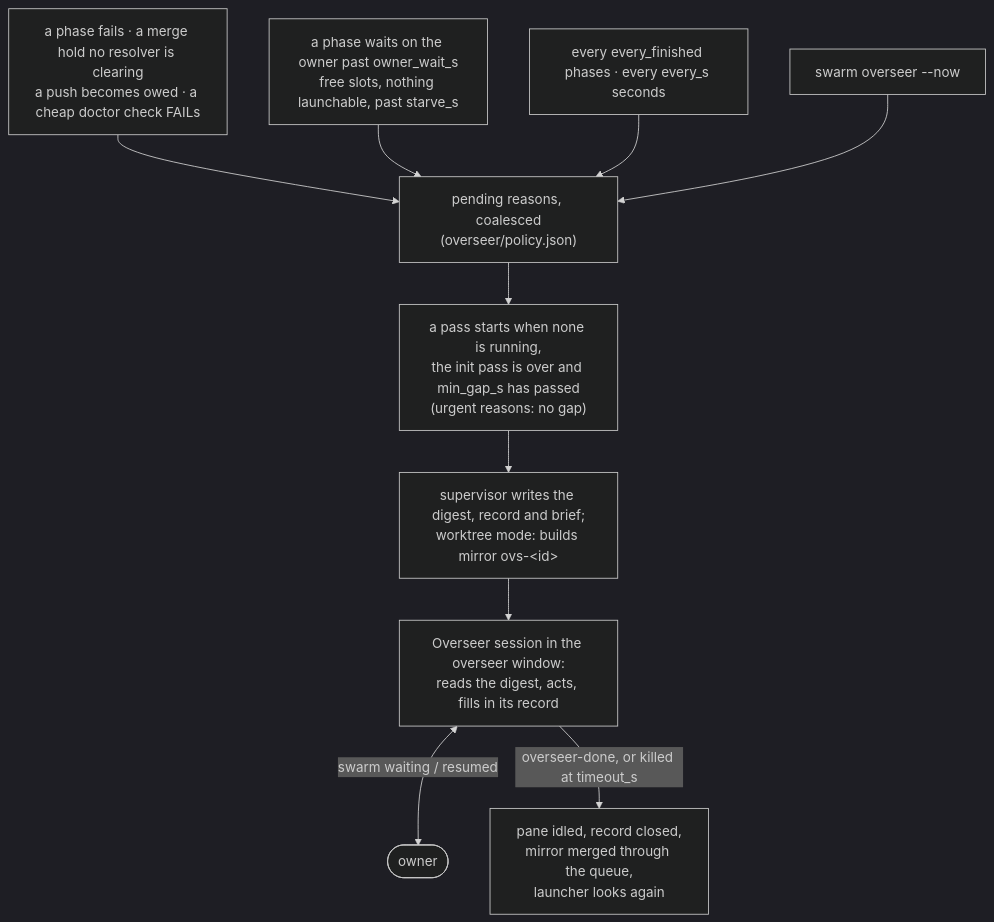
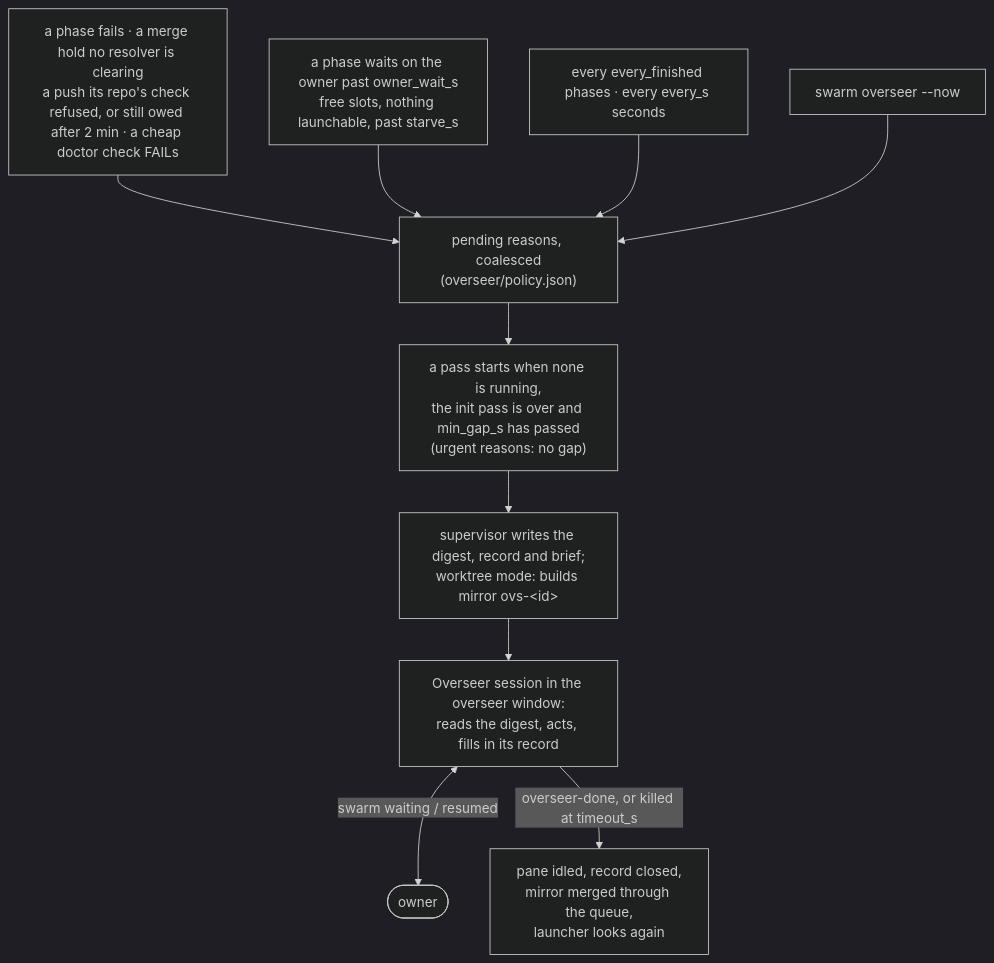
One commit to sezaiarda/swarm-orchestrator changed the second of 5 diagrams in README.md. Above: the diagram before and after it, drawn with Mermaid (dark theme). The commit also changed 5 other files, not shown here.

````diff
--- a/README.md
+++ b/README.md
@@ -221,12 +221,12 @@
 ```mermaid
 flowchart TD
-  ev1["a phase fails · a merge hold no resolver is clearing<br/>a push becomes owed · a cheap doctor check FAILs"] --> pend
+  ev1["a phase fails · a merge hold no resolver is clearing<br/>a push its repo's check refused, or still owed after 2 min · a cheap doctor check FAILs"] --> pend
   ev2["a phase waits on the owner past owner_wait_s<br/>free slots, nothing launchable, past starve_s"] --> pend
   ct["every every_finished phases · every every_s seconds"] --> pend
   mn["swarm overseer --now"] --> pend
   pend["pending reasons, coalesced<br/>(overseer/policy.json)"] --> due["a pass starts when none is running,<br/>the init pass is over and min_gap_s has passed<br/>(urgent reasons: no gap)"]
   due --> prep["supervisor writes the digest, record and brief;<br/>worktree mode: builds mirror ovs-&lt;id&gt;"]
   prep --> pass["Overseer session in the overseer window:<br/>reads the digest, acts, fills in its record"]
   pass <-- "swarm waiting / resumed" --> own(["owner"])
   pass -- "overseer-done, or killed at timeout_s" --> fin["pane idled, record closed,<br/>mirror merged through the queue,<br/>launcher looks again"]
 ```
````
